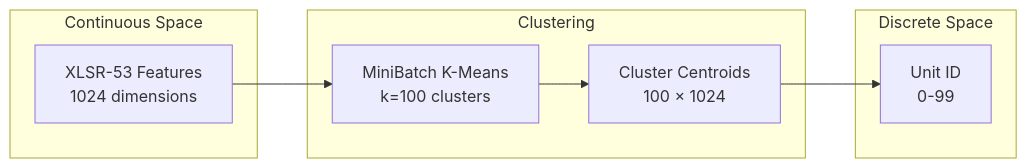
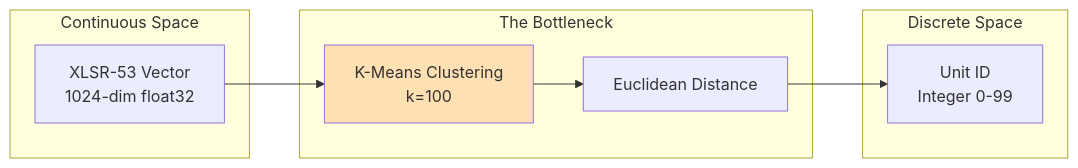
One commit to shemaobt/model-training changed the second of 6 diagrams in docs/ARCHITECTURE.md. Above: the diagram before and after it, drawn with Mermaid. The commit also changed other lines of this file and 1 other file, not shown here.

First line of the commit message:
docs: enhance architecture deep dive and pipeline overview

````diff
--- a/docs/ARCHITECTURE.md
+++ b/docs/ARCHITECTURE.md
@@ -78,17 +78,19 @@
 ```mermaid
 flowchart LR
     subgraph Continuous Space
-        A[XLSR-53 Features<br/>1024 dimensions]
+        A[XLSR-53 Vector<br/>1024-dim float32]
     end
     
-    subgraph Clustering
-        B[MiniBatch K-Means<br/>k=100 clusters]
-        C[Cluster Centroids<br/>100 × 1024]
+    subgraph The Bottleneck
+        B[K-Means Clustering<br/>k=100]
+        C[Euclidean Distance]
     end
     
     subgraph Discrete Space
-        D[Unit ID<br/>0-99]
+        D[Unit ID<br/>Integer 0-99]
     end
     
     A --> B --> C --> D
+    
+    style B fill:#ffe0b2
 ```
````
